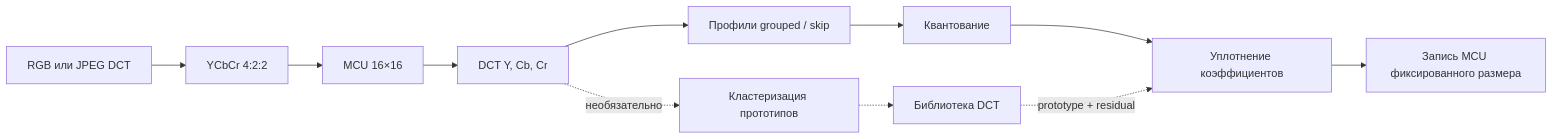
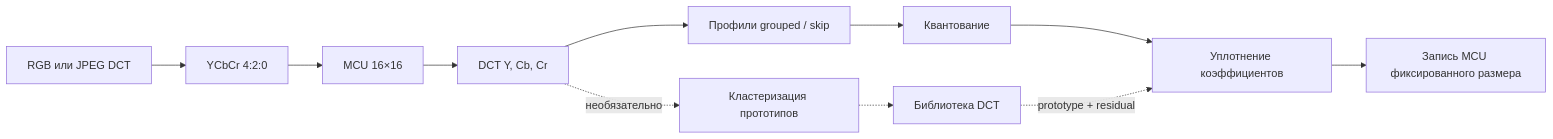
The first of 7 diagrams in docs/DCTBS2_ALGORITHM_ru.md (Witali/block-palette-compression), drawn with Mermaid before and after one commit. The commit also changed other lines of this file and 11 other files, not shown here.

Commit message:
Update DCTBS2 4:2:0 diagrams and documentation

````diff
--- a/docs/DCTBS2_ALGORITHM_ru.md
+++ b/docs/DCTBS2_ALGORITHM_ru.md
@@ -43,13 +43,13 @@
 ```mermaid
 flowchart LR
-    A["RGB или JPEG DCT"] --> B["YCbCr 4:2:2"]
+    A["RGB или JPEG DCT"] --> B["YCbCr 4:2:0"]
     B --> C["MCU 16×16"]
     C --> D["DCT Y, Cb, Cr"]
     D --> E["Профили grouped / skip"]
     E --> F["Квантование"]
     F --> G["Уплотнение коэффициентов"]
     G --> H["Запись MCU фиксированного размера"]
     D -. "необязательно" .-> I["Кластеризация прототипов"]
     I -.-> J["Библиотека DCT"]
     J -. "prototype + residual" .-> G
 ```
````
